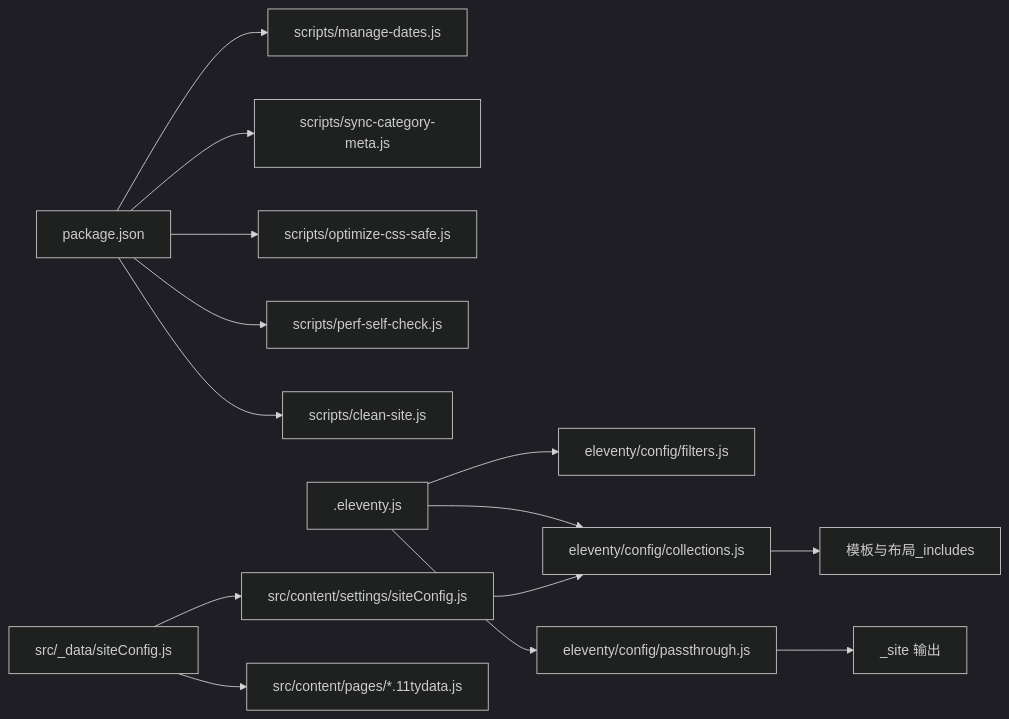
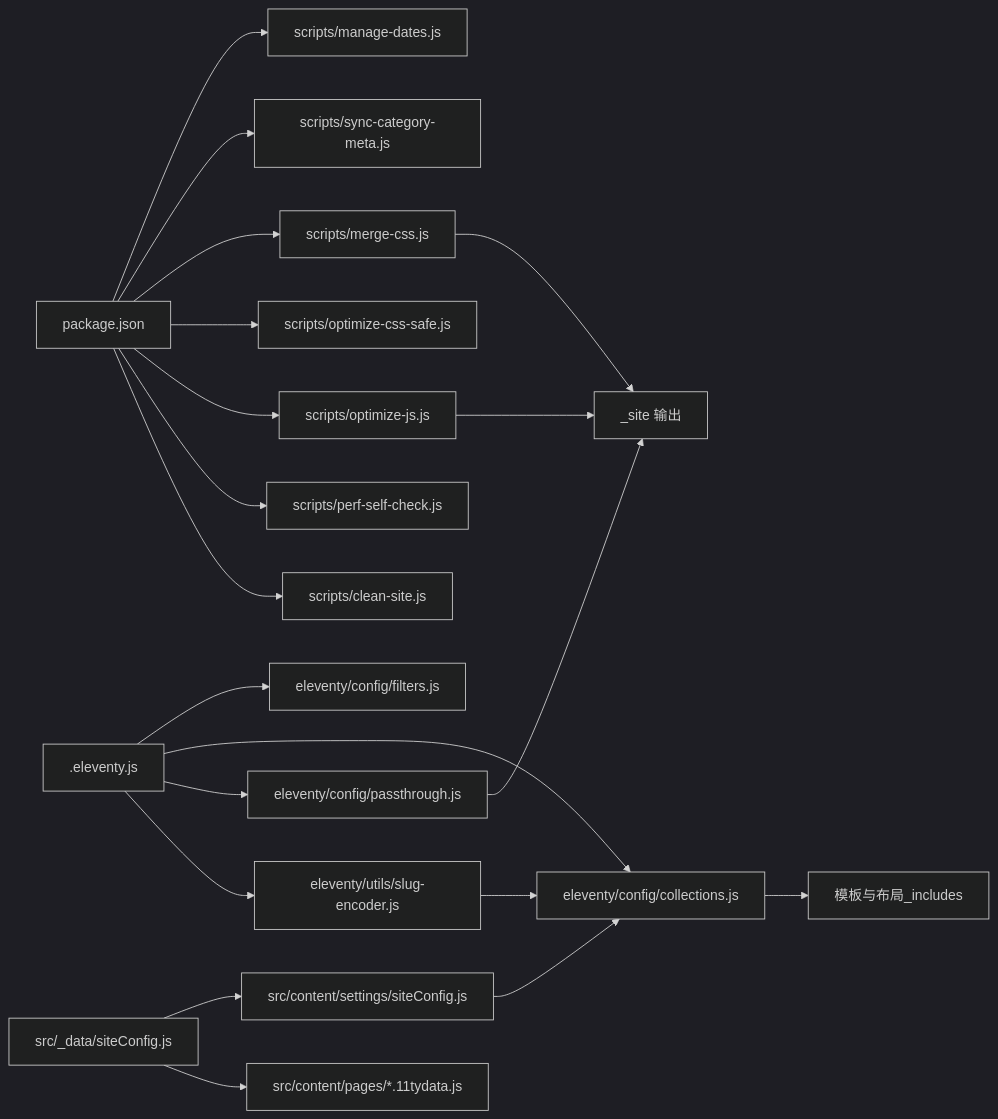
One commit to FXnadu/rainyNight-11ty changed the third of 3 diagrams in .qoder/repowiki/zh/content/构建与部署/构建流程.md. Above: the diagram before and after it, drawn with Mermaid (dark theme). The commit also changed other lines of this file and 79 other files, not shown here.

````diff
--- a/.qoder/repowiki/zh/content/构建与部署/构建流程.md
+++ b/.qoder/repowiki/zh/content/构建与部署/构建流程.md
@@ -229,16 +291,22 @@
 ```mermaid
 graph LR
 P["package.json"] --> U["scripts/manage-dates.js"]
 P --> S["scripts/sync-category-meta.js"]
+P --> M["scripts/merge-css.js"]
 P --> O["scripts/optimize-css-safe.js"]
+P --> J["scripts/optimize-js.js"]
 P --> R["scripts/perf-self-check.js"]
 P --> C["scripts/clean-site.js"]
 E[".eleventy.js"] --> F["eleventy/config/filters.js"]
 E --> L["eleventy/config/collections.js"]
 E --> PT["eleventy/config/passthrough.js"]
+E --> SE["eleventy/utils/slug-encoder.js"]
 D1["src/_data/siteConfig.js"] --> D2["src/content/settings/siteConfig.js"]
 D1 --> PDATA["src/content/pages/*.11tydata.js"]
 D2 --> L
 L --> TPL["模板与布局_includes"]
+SE --> L
 PT --> OUT["_site 输出"]
+M --> OUT
+J --> OUT
 ```
````
